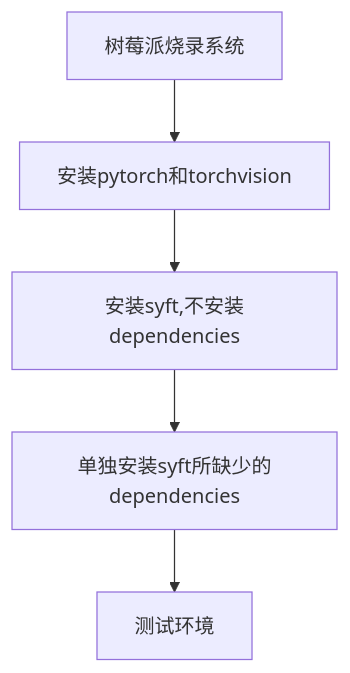
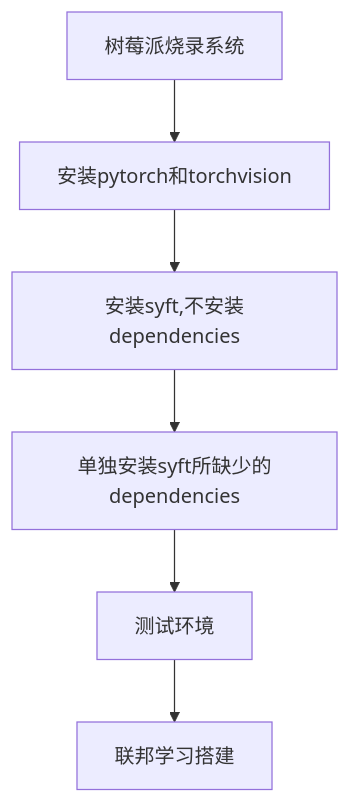
One commit to MyStarNight/fl-experiment changed the diagram in exp-log/rpi-fl.md. Above: the diagram before and after it, drawn with Mermaid. The commit also changed other lines of this file, not shown here.

````diff
--- a/exp-log/rpi-fl.md
+++ b/exp-log/rpi-fl.md
@@ -22,8 +23,8 @@
 ```mermaid
 graph
 A[树莓派烧录系统]-->B[安装pytorch和torchvision]
 B-->C[安装syft,不安装dependencies]
 C-->D[单独安装syft所缺少的dependencies]
 D-->F[测试环境]
-
+F-->G[联邦学习搭建]
 ```
````
